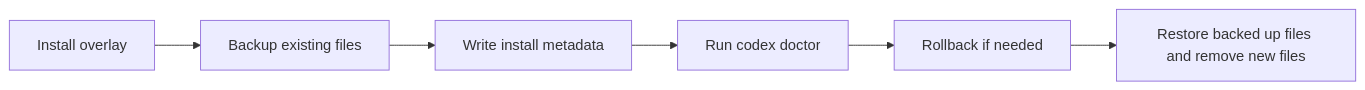
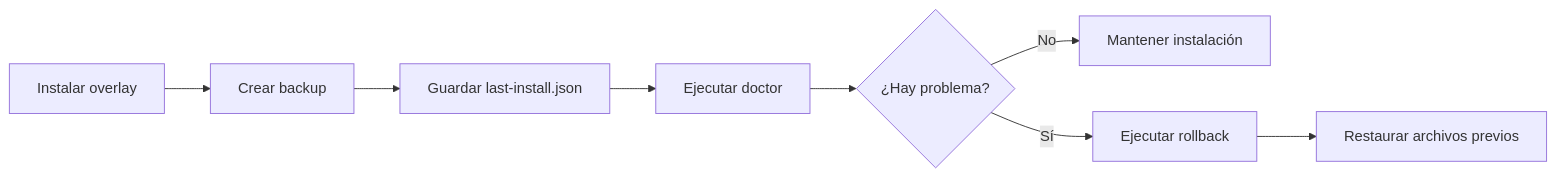
Before and after one commit to harrysxavio/proyecto-opencode-mem: the second of 2 diagrams in README_CODEX.md, drawn with Mermaid. The commit also changed other lines of this file and 7 other files, not shown here.

````diff
--- a/README_CODEX.md
+++ b/README_CODEX.md
@@ -318,8 +409,10 @@
 ```mermaid
 flowchart LR
-    Install["Install overlay"] --> Backup["Backup existing files"]
-    Backup --> Metadata["Write install metadata"]
-    Metadata --> Doctor["Run codex doctor"]
-    Doctor --> Rollback["Rollback if needed"]
-    Rollback --> Restore["Restore backed up files and remove new files"]
+    A["Instalar overlay"] --> B["Crear backup"]
+    B --> C["Guardar last-install.json"]
+    C --> D["Ejecutar doctor"]
+    D --> E{¿Hay problema?}
+    E -->|No| F["Mantener instalación"]
+    E -->|Sí| G["Ejecutar rollback"]
+    G --> H["Restaurar archivos previos"]
 ```
````
